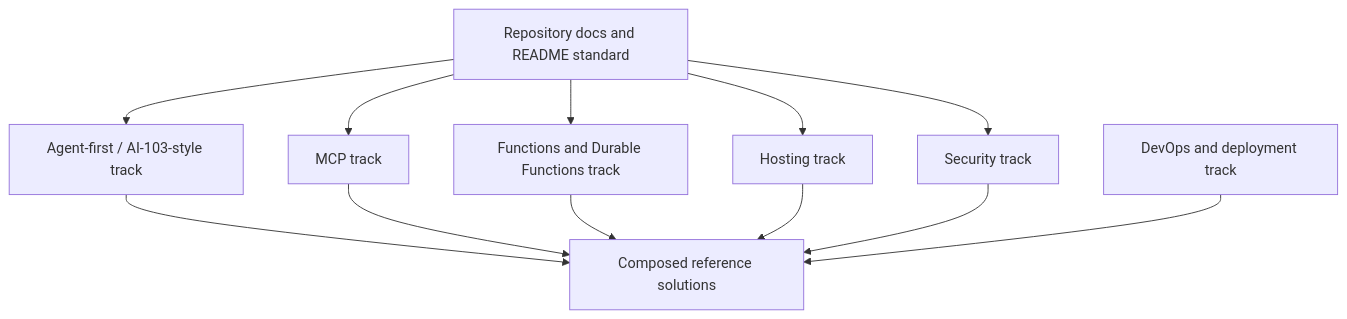
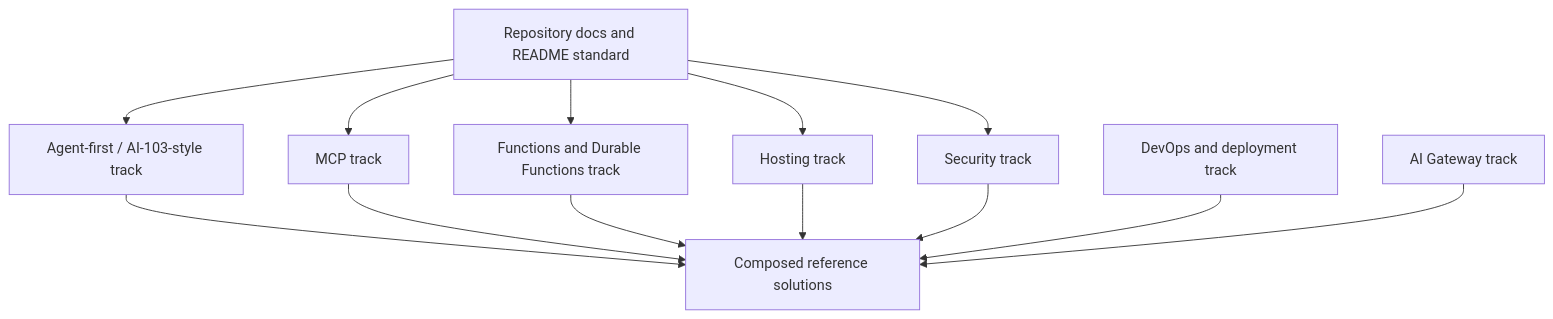
The diagram in docs/roadmap.md (wildersa/azure_ref_kit), drawn with Mermaid before and after one commit. The commit also changed other lines of this file and 9 other files, not shown here.

````diff
--- a/docs/roadmap.md
+++ b/docs/roadmap.md
@@ -38,24 +38,26 @@
 ```mermaid
 flowchart TD
   Foundation[Repository docs and README standard]
   Agents[Agent-first / AI-103-style track]
   MCP[MCP track]
   Functions[Functions and Durable Functions track]
   Hosting[Hosting track]
   Security[Security track]
   DevOps[DevOps and deployment track]
   Solutions[Composed reference solutions]
 
   Foundation --> Agents
   Foundation --> MCP
   Foundation --> Functions
   Foundation --> Hosting
   Foundation --> Security
 
   Agents --> Solutions
   MCP --> Solutions
   Functions --> Solutions
   Hosting --> Solutions
   Security --> Solutions
   DevOps --> Solutions
+  Gateway[AI Gateway track]
+  Gateway --> Solutions
 ```
````
